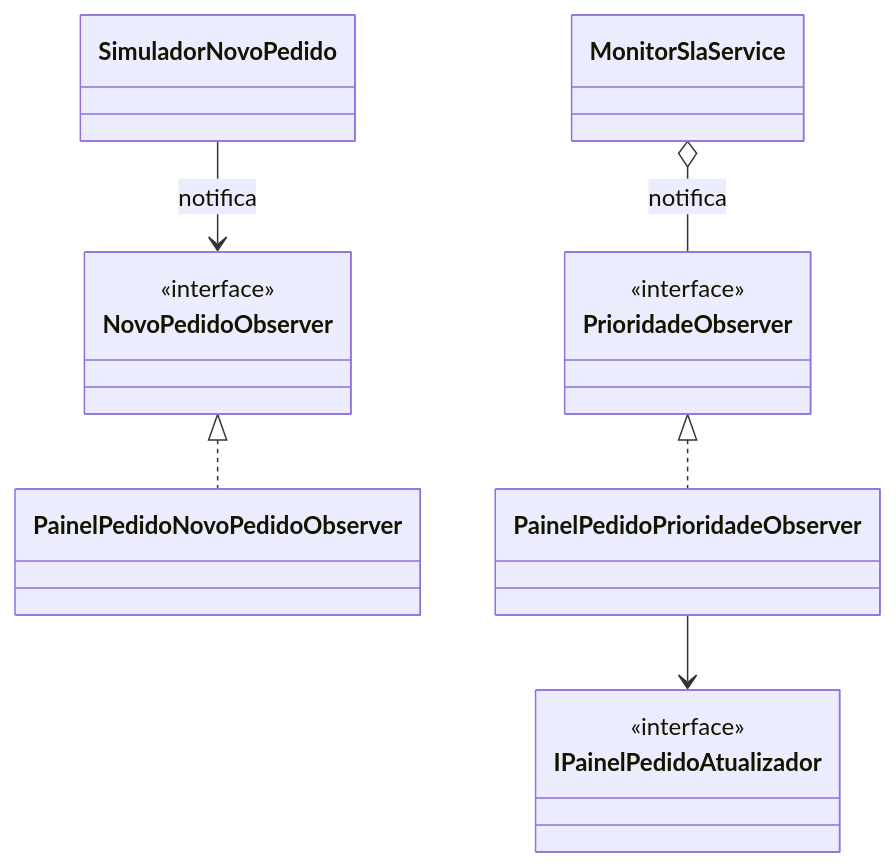
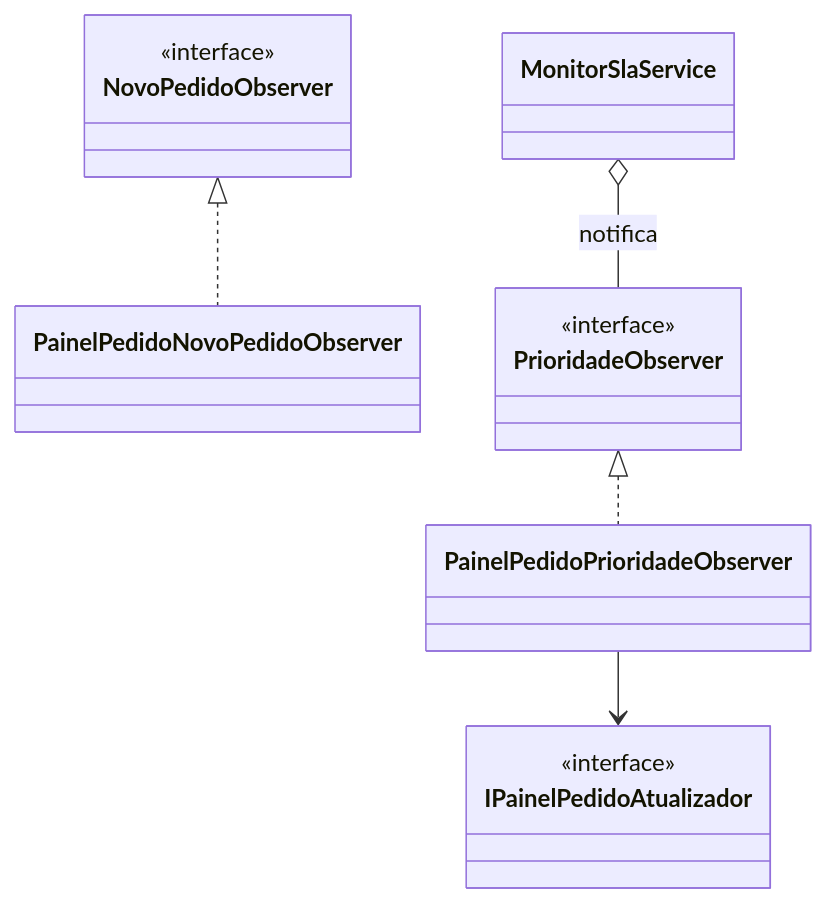
Before and after one commit to claytonfraga/painel_pedidos_component: the fifth of 7 diagrams in openspec/specs/painel-acompanhamento-pedidos/design.md, drawn with Mermaid. The commit also changed other lines of this file and 35 other files, not shown here.

````diff
--- a/openspec/specs/painel-acompanhamento-pedidos/design.md
+++ b/openspec/specs/painel-acompanhamento-pedidos/design.md
@@ -215,15 +179,13 @@
 ```mermaid
 classDiagram
     class NovoPedidoObserver { <<interface>> }
     class PainelPedidoNovoPedidoObserver
-    class SimuladorNovoPedido
     class PrioridadeObserver { <<interface>> }
     class PainelPedidoPrioridadeObserver
     class MonitorSlaService
     class IPainelPedidoAtualizador { <<interface>> }
     NovoPedidoObserver <|.. PainelPedidoNovoPedidoObserver
-    SimuladorNovoPedido --> NovoPedidoObserver : notifica
     PrioridadeObserver <|.. PainelPedidoPrioridadeObserver
     MonitorSlaService o-- PrioridadeObserver : notifica
     PainelPedidoPrioridadeObserver --> IPainelPedidoAtualizador
 ```
````
